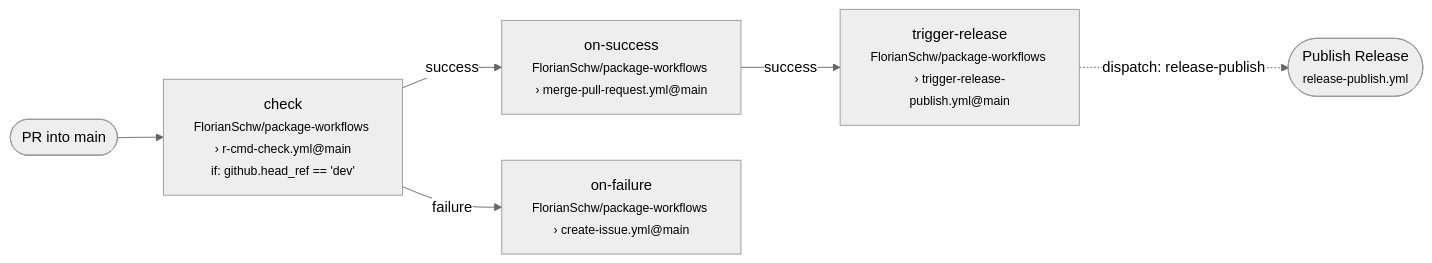
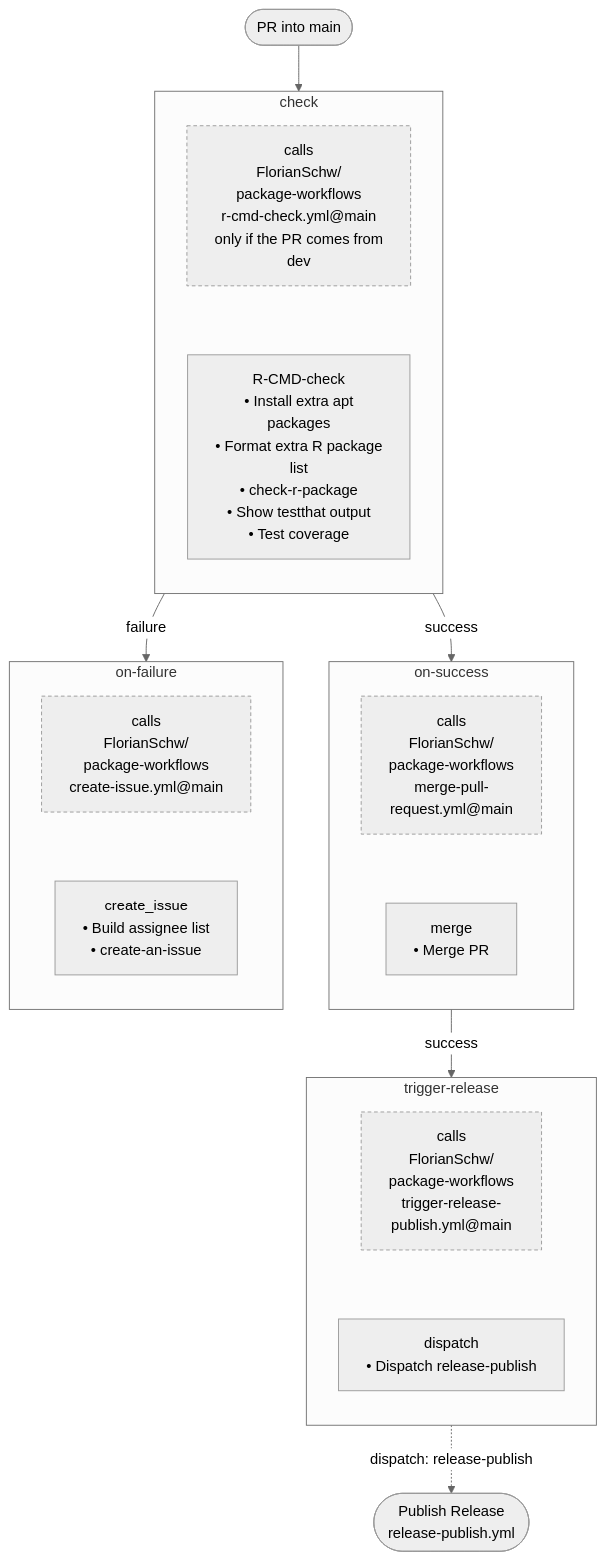
Diagram 12 of 15 in .github/workflow-graphs/README.md (nfdi4health/dsSupportClient), drawn with Mermaid (neutral theme) before and after one commit. The commit also changed other lines of this file, not shown here.

Commit message:
docs: update workflow diagrams

````diff
--- a/.github/workflow-graphs/README.md
+++ b/.github/workflow-graphs/README.md
@@ -133,14 +278,35 @@
 ```mermaid
-flowchart LR
+flowchart TD
   start(["PR into main"])
-  job_check["check<br/><small>FlorianSchw/package-workflows › r-cmd-check.yml@main</small><br/><small>if: github.head_ref == 'dev'</small>"]
+  subgraph job_check ["check"]
+    direction TB
+    job_check__ref["calls<br/>FlorianSchw/<br/>package-workflows<br/>r-cmd-check.yml@main<br/>only if the PR comes from<br/>dev"]:::refnote
+    job_check__R_CMD_check["R-CMD-check<br/>• Install extra apt<br/>packages<br/>• Format extra R package<br/>list<br/>• check-r-package<br/>• Show testthat output<br/>• Test coverage"]
+    job_check__ref ~~~ job_check__R_CMD_check
+  end
   start --> job_check
-  job_on_success["on-success<br/><small>FlorianSchw/package-workflows › merge-pull-request.yml@main</small>"]
+  subgraph job_on_success ["on-success"]
+    direction TB
+    job_on_success__ref["calls<br/>FlorianSchw/<br/>package-workflows<br/>merge-pull-<br/>request.yml@main"]:::refnote
+    job_on_success__merge["merge<br/>• Merge PR"]
+    job_on_success__ref ~~~ job_on_success__merge
+  end
   job_check -- "success" --> job_on_success
-  job_on_failure["on-failure<br/><small>FlorianSchw/package-workflows › create-issue.yml@main</small>"]
+  subgraph job_on_failure ["on-failure"]
+    direction TB
+    job_on_failure__ref["calls<br/>FlorianSchw/<br/>package-workflows<br/>create-issue.yml@main"]:::refnote
+    job_on_failure__create_issue["create_issue<br/>• Build assignee list<br/>• create-an-issue"]
+    job_on_failure__ref ~~~ job_on_failure__create_issue
+  end
   job_check -- "failure" --> job_on_failure
-  job_trigger_release["trigger-release<br/><small>FlorianSchw/package-workflows › trigger-release-publish.yml@main</small>"]
+  subgraph job_trigger_release ["trigger-release"]
+    direction TB
+    job_trigger_release__ref["calls<br/>FlorianSchw/<br/>package-workflows<br/>trigger-release-<br/>publish.yml@main"]:::refnote
+    job_trigger_release__dispatch["dispatch<br/>• Dispatch release-publish"]
+    job_trigger_release__ref ~~~ job_trigger_release__dispatch
+  end
   job_on_success -- "success" --> job_trigger_release
-  wf_release_publish_yml(["Publish Release<br/><small>release-publish.yml</small>"])
+  wf_release_publish_yml(["Publish Release<br/>release-publish.yml"])
   job_trigger_release -. "dispatch: release-publish" .-> wf_release_publish_yml
+  classDef refnote stroke-dasharray: 4 3
 ```
````
